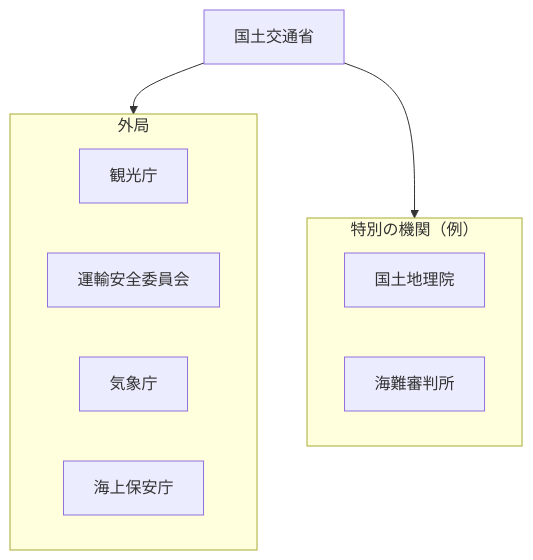
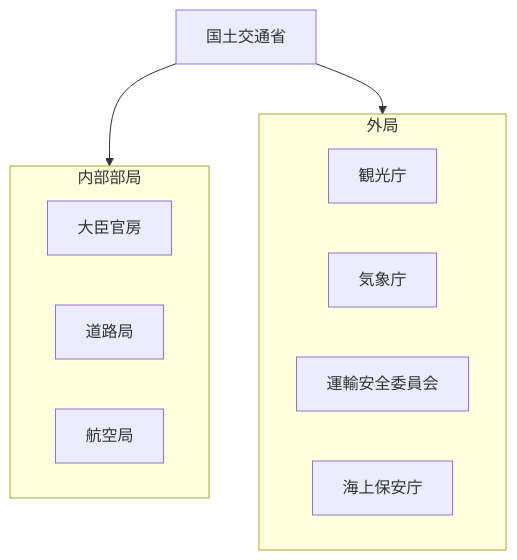
One commit to tatemaru/jp-admin-org-chart changed the diagram in 行政機構/国土交通省/README.md. Above: the diagram before and after it, drawn with Mermaid. The commit also changed other lines of this file and 18 other files, not shown here.

````diff
--- a/行政機構/国土交通省/README.md
+++ b/行政機構/国土交通省/README.md
@@ -5,16 +5,17 @@
 ```mermaid
 flowchart TB
   root["国土交通省"]
-  subgraph g0["外局"]
-    n0_0["観光庁"]
-    n0_1["運輸安全委員会"]
-    n0_2["気象庁"]
-    n0_3["海上保安庁"]
+  subgraph g0["内部部局"]
+    n0_0["大臣官房"]
+    n0_1["道路局"]
+    n0_2["航空局"]
   end
   root --> g0
-  subgraph g1["特別の機関（例）"]
-    n1_0["国土地理院"]
-    n1_1["海難審判所"]
+  subgraph g1["外局"]
+    n1_0["観光庁"]
+    n1_1["気象庁"]
+    n1_2["運輸安全委員会"]
+    n1_3["海上保安庁"]
   end
   root --> g1
 ```
````
